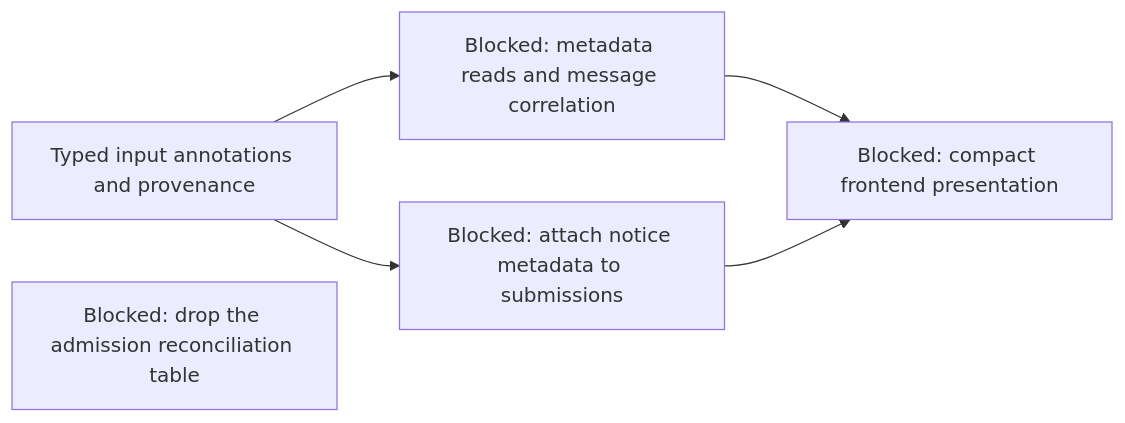
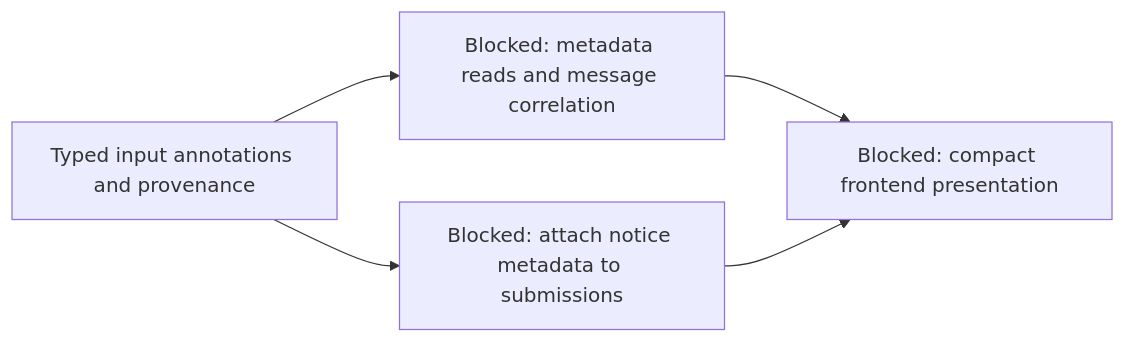
Before and after one commit to agentydragon-agent/ducktape: the second of 12 diagrams in agentplane/plans/task_dag.md, drawn with Mermaid. The commit also changed other lines of this file and 4 other files, not shown here.

First line of the commit message:
agentplane/sandbox_service: drop the admission reconciliation table (ADMISSION_RECONCILIATION_DROP) (#9888)

````diff
--- a/agentplane/plans/task_dag.md
+++ b/agentplane/plans/task_dag.md
@@ -45,12 +45,11 @@
 ```mermaid
 flowchart LR
     SESSION_INPUT_METADATA[Typed input annotations and provenance]
     SESSION_INPUT_METADATA_READ[Blocked: metadata reads and message correlation]
     NOTIFICATION_NOTICE_METADATA[Blocked: attach notice metadata to submissions]
     NOTIFICATION_PRESENTATION[Blocked: compact frontend presentation]
     SESSION_INPUT_METADATA --> SESSION_INPUT_METADATA_READ
     SESSION_INPUT_METADATA --> NOTIFICATION_NOTICE_METADATA
     SESSION_INPUT_METADATA_READ --> NOTIFICATION_PRESENTATION
     NOTIFICATION_NOTICE_METADATA --> NOTIFICATION_PRESENTATION
-    ADMISSION_RECONCILIATION_DROP[Blocked: drop the admission reconciliation table]
 ```
````
